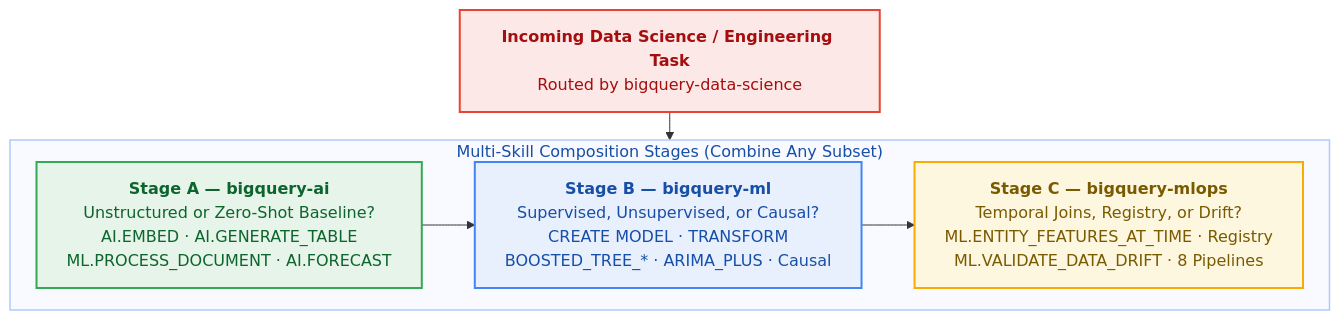
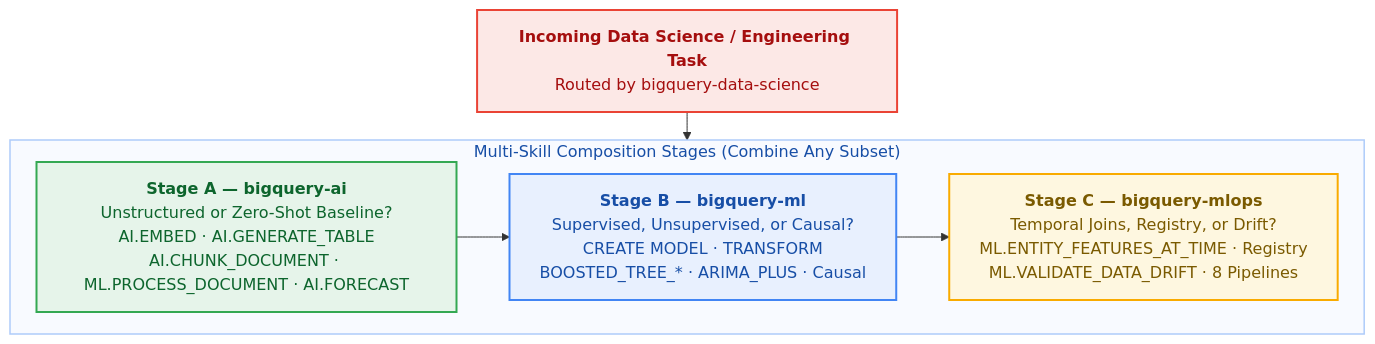
Before and after one commit to statmike/bigquery-data-science: the diagram in skills/bigquery-data-science/reference/cross-skill-playbooks.md, drawn with Mermaid. The commit also changed other lines of this file and 147 other files, not shown here.

````diff
--- a/skills/bigquery-data-science/reference/cross-skill-playbooks.md
+++ b/skills/bigquery-data-science/reference/cross-skill-playbooks.md
@@ -11,25 +11,25 @@
 ```mermaid
 %%{init: {'flowchart': {'wrappingWidth': 360, 'nodeSpacing': 24, 'rankSpacing': 28}}}%%
 flowchart TD
     TASK["<b>Incoming Data Science / Engineering Task</b><br/>Routed by bigquery-data-science"]
     subgraph COMPOSE["Multi-Skill Composition Stages (Combine Any Subset)"]
         direction LR
-        Q_UNSTRUCT["<b>Stage A — bigquery-ai</b><br/>Unstructured or Zero-Shot Baseline?<br/>AI.EMBED · AI.GENERATE_TABLE<br/>ML.PROCESS_DOCUMENT · AI.FORECAST"]
+        Q_UNSTRUCT["<b>Stage A — bigquery-ai</b><br/>Unstructured or Zero-Shot Baseline?<br/>AI.EMBED · AI.GENERATE_TABLE<br/>AI.CHUNK_DOCUMENT · ML.PROCESS_DOCUMENT · AI.FORECAST"]
         Q_TRAIN["<b>Stage B — bigquery-ml</b><br/>Supervised, Unsupervised, or Causal?<br/>CREATE MODEL · TRANSFORM<br/>BOOSTED_TREE_* · ARIMA_PLUS · Causal"]
         Q_OPS["<b>Stage C — bigquery-mlops</b><br/>Temporal Joins, Registry, or Drift?<br/>ML.ENTITY_FEATURES_AT_TIME · Registry<br/>ML.VALIDATE_DATA_DRIFT · 8 Pipelines"]
         Q_UNSTRUCT --> Q_TRAIN --> Q_OPS
     end
 
     TASK --> COMPOSE
 
     style COMPOSE fill:#F8FAFF,stroke:#AECBFA,stroke-width:1.5px,color:#174EA6
 
     classDef route fill:#FCE8E6,stroke:#EA4335,stroke-width:2px,color:#A50E0E
     classDef data fill:#E8F0FE,stroke:#4285F4,stroke-width:2px,color:#174EA6
     classDef config fill:#FEF7E0,stroke:#F9AB00,stroke-width:2px,color:#7A5A00
     classDef compute fill:#E6F4EA,stroke:#34A853,stroke-width:2px,color:#0D652D
     class TASK route
     class Q_UNSTRUCT compute
     class Q_TRAIN data
     class Q_OPS config
 ```
````
